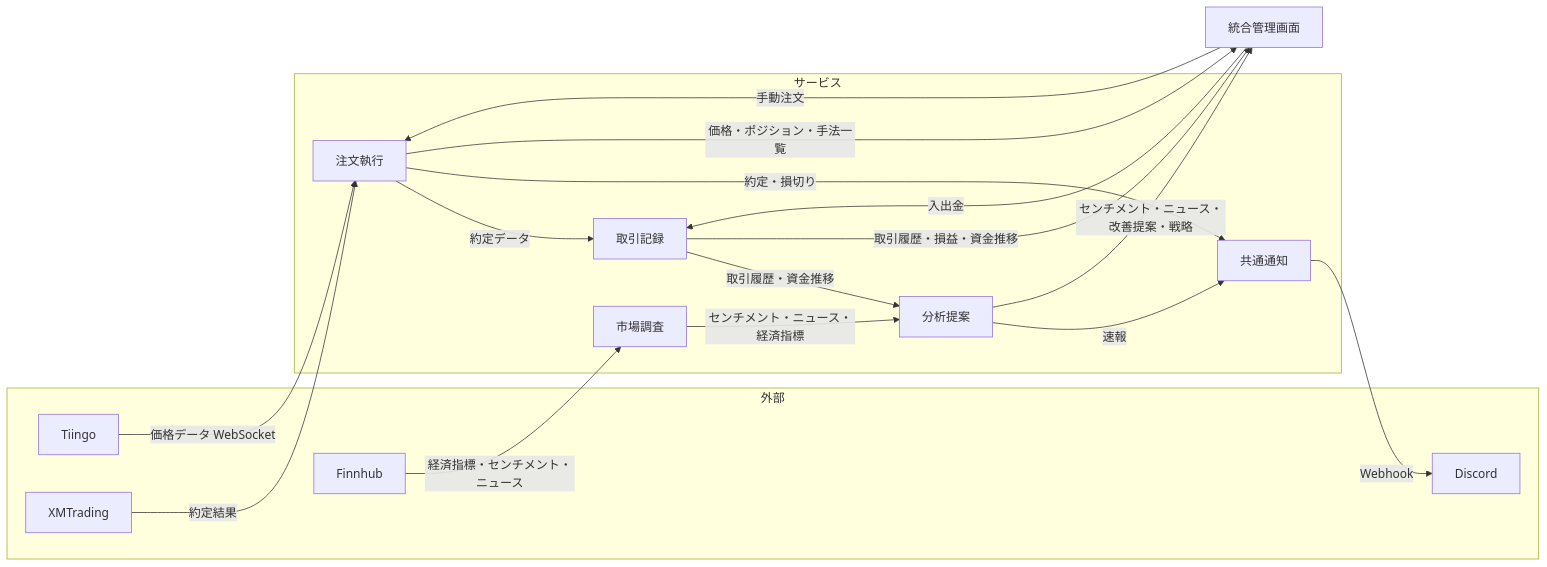
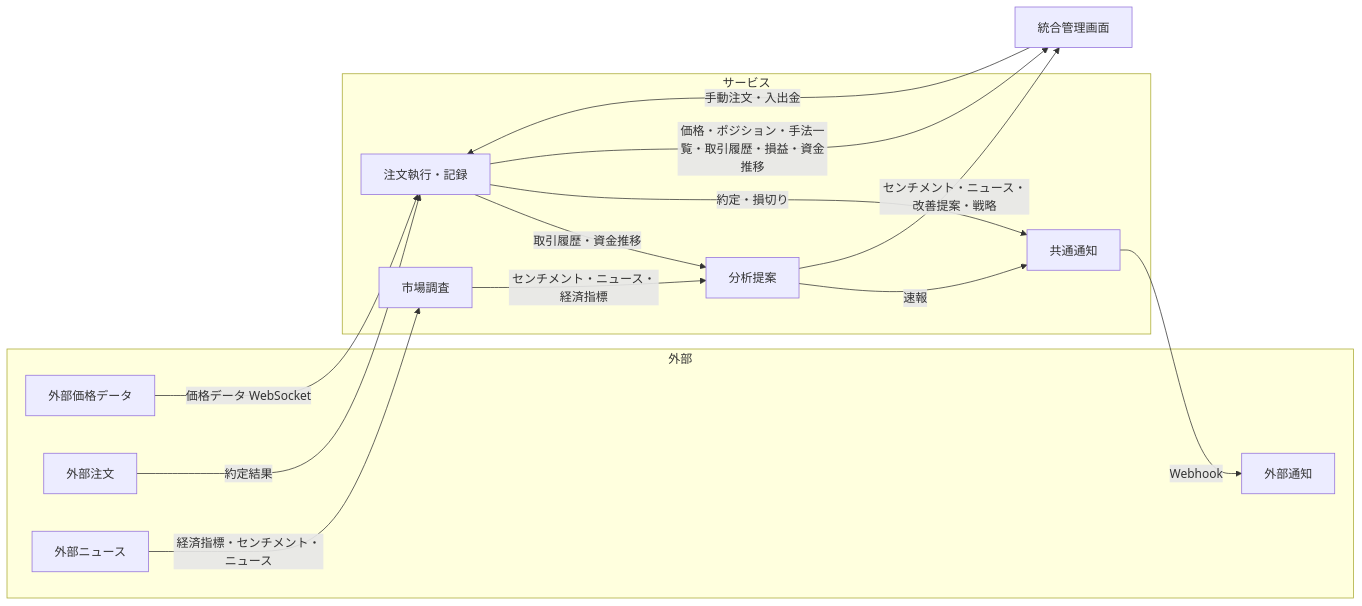
One commit to td-1209/trader changed the diagram in docs/spec/00_要件定義.md. Above: the diagram before and after it, drawn with Mermaid. The commit also changed other lines of this file and 7 other files, not shown here.

````diff
--- a/docs/spec/00_要件定義.md
+++ b/docs/spec/00_要件定義.md
@@ -55,43 +50,39 @@
 ```mermaid
 graph LR
     subgraph 外部
-        TIINGO[Tiingo]
-        XM[XMTrading]
-        FINNHUB[Finnhub]
-        DISCORD[Discord]
+        PRICE[外部価格データ]
+        BROKER[外部注文]
+        NEWS[外部ニュース]
+        NOTIF[外部通知]
     end
 
     subgraph サービス
-        ORDER[注文執行]
-        RECORD[取引記録]
+        TRADING[注文執行・記録]
         RESEARCH[市場調査]
-        ANALYST[分析提案]
+        ANALYSIS[分析提案]
         NOTIFY[共通通知]
     end
 
     UI[統合管理画面]
 
     %% 外部 → サービス
-    TIINGO -->|価格データ WebSocket| ORDER
-    XM -->|約定結果| ORDER
-    FINNHUB -->|経済指標・センチメント・ニュース| RESEARCH
+    PRICE -->|価格データ WebSocket| TRADING
+    BROKER -->|約定結果| TRADING
+    NEWS -->|経済指標・センチメント・ニュース| RESEARCH
 
     %% サービス間
-    ORDER -->|約定データ| RECORD
-    RECORD -->|取引履歴・資金推移| ANALYST
-    RESEARCH -->|センチメント・ニュース・経済指標| ANALYST
+    TRADING -->|取引履歴・資金推移| ANALYSIS
+    RESEARCH -->|センチメント・ニュース・経済指標| ANALYSIS
 
     %% 通知
-    ORDER -->|約定・損切り| NOTIFY
-    ANALYST -->|速報| NOTIFY
-    NOTIFY -->|Webhook| DISCORD
+    TRADING -->|約定・損切り| NOTIFY
+    ANALYSIS -->|速報| NOTIFY
+    NOTIFY -->|Webhook| NOTIF
 
     %% UI → サービス（操作）
-    UI -->|手動注文| ORDER
-    UI -->|入出金| RECORD
+    UI -->|手動注文・入出金| TRADING
 
     %% サービス → UI（表示）
-    ORDER -->|価格・ポジション・手法一覧| UI
-    RECORD -->|取引履歴・損益・資金推移| UI
-    ANALYST -->|センチメント・ニュース・改善提案・戦略| UI
+    TRADING -->|価格・ポジション・手法一覧・取引履歴・損益・資金推移| UI
+    ANALYSIS -->|センチメント・ニュース・改善提案・戦略| UI
 ```
````
